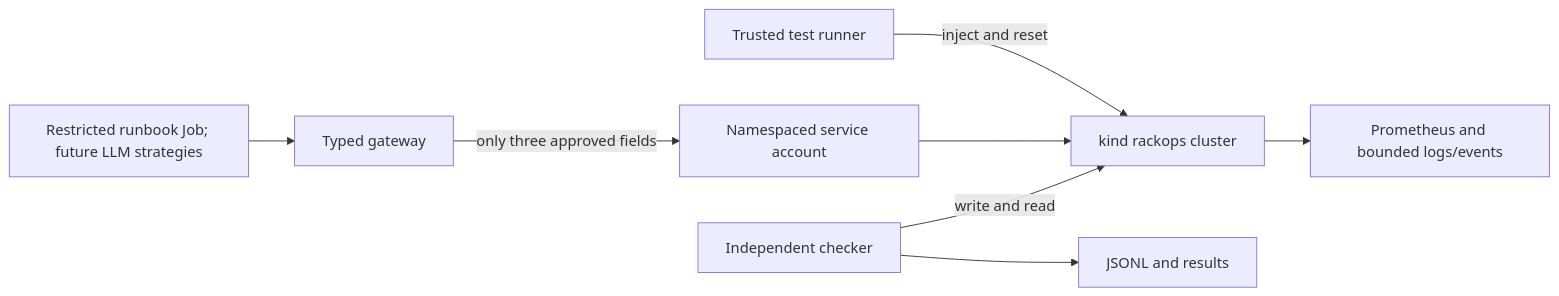
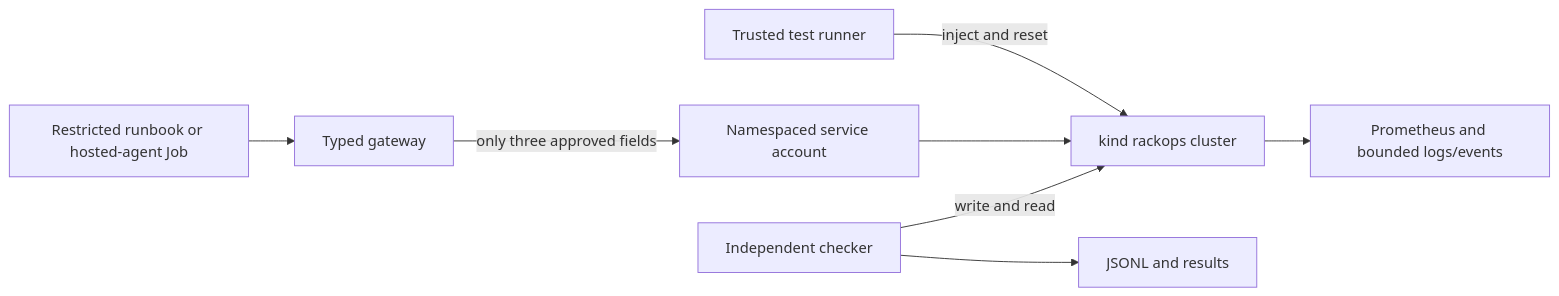
Before and after one commit to MAndersonASU/rackops: the diagram in docs/architecture.md, drawn with Mermaid. The commit also changed other lines of this file and 15 other files, not shown here.

````diff
--- a/docs/architecture.md
+++ b/docs/architecture.md
@@ -3,10 +3,10 @@
 ```mermaid
 flowchart LR
   Runner[Trusted test runner] -->|inject and reset| Lab[kind rackops cluster]
-  Agent[Restricted runbook Job; future LLM strategies] --> Gateway[Typed gateway]
+  Agent[Restricted runbook or hosted-agent Job] --> Gateway[Typed gateway]
   Gateway -->|only three approved fields| SA[Namespaced service account]
   SA --> Lab
   Lab --> Metrics[Prometheus and bounded logs/events]
   Evaluator[Independent checker] -->|write and read| Lab
   Evaluator --> Records[JSONL and results]
 ```
````
